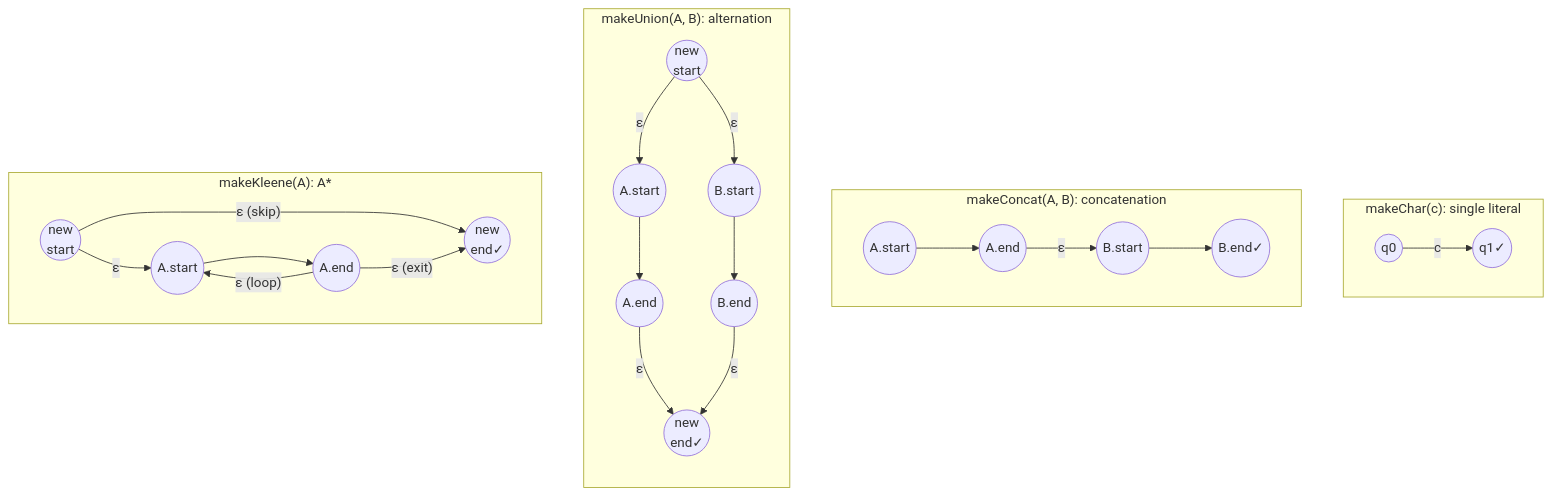
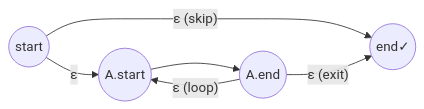
One commit to StrixzIV/ft_lex changed the seventh of 15 diagrams in README.md. Above: the diagram before and after it, drawn with Mermaid. The commit also changed other lines of this file, not shown here.

````diff
--- a/README.md
+++ b/README.md
@@ -269,29 +298,8 @@
 ```mermaid
-graph TB
-    subgraph makeChar["makeChar(c): single literal"]
-        direction LR
-        s0(("q0")) -- "c" --> s1(("q1✓"))
-    end
-
-    subgraph makeConcat["makeConcat(A, B): concatenation"]
-        direction LR
-        sa(("A.start")) --> ea(("A.end")) -- "ε" --> sb(("B.start")) --> eb(("B.end✓"))
-    end
-
-    subgraph makeUnion["makeUnion(A, B): alternation"]
-        direction TB
-        su(("new<br>start")) -- "ε" --> ua(("A.start"))
-        su -- "ε" --> ub(("B.start"))
-        ua --> ea2(("A.end")) -- "ε" --> eu(("new<br>end✓"))
-        ub --> eb2(("B.end")) -- "ε" --> eu
-    end
-
-    subgraph makeKleene["makeKleene(A): A*"]
-        direction LR
-        sk(("new<br>start")) -- "ε" --> uk(("A.start"))
-        uk --> ek(("A.end"))
-        ek -- "ε (loop)" --> uk
-        sk -- "ε (skip)" --> fk(("new<br>end✓"))
-        ek -- "ε (exit)" --> fk
-    end
+graph LR
+    sk(("start")) -- "ε" --> uk(("A.start"))
+    uk --> ek(("A.end"))
+    ek -- "ε (loop)" --> uk
+    sk -- "ε (skip)" --> fk(("end✓"))
+    ek -- "ε (exit)" --> fk
 ```
````
